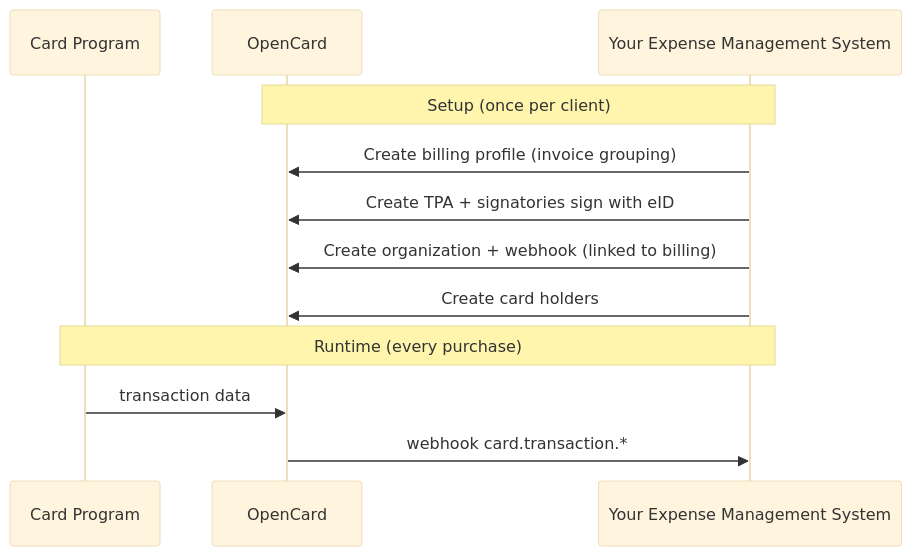
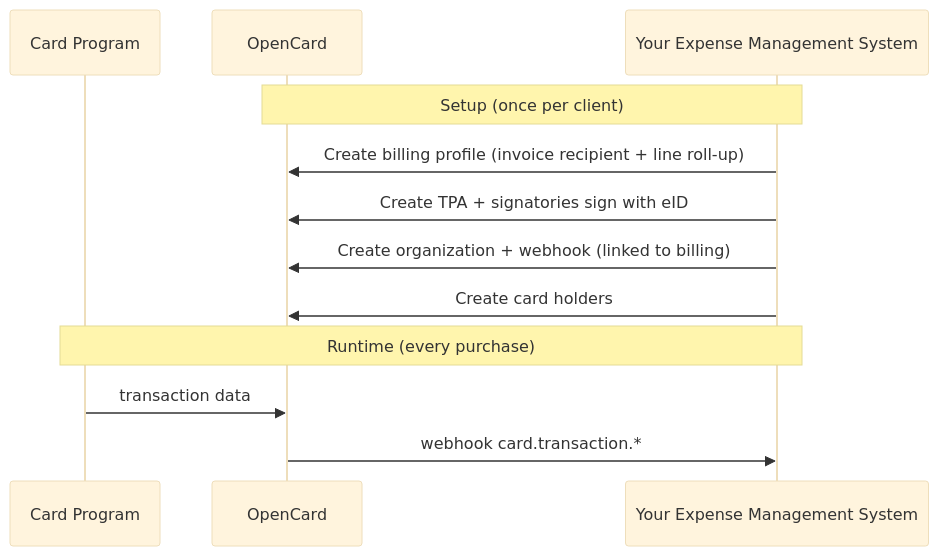
The diagram in introduction/welcome.mdx (marc-opencard/developers.opencard.io), drawn with Mermaid (base theme) before and after one commit. The commit also changed 5 other files, not shown here.

First line of the commit message:
Clarify billing roll-up as one invoice line, not a separate invoice.

````diff
--- a/introduction/welcome.mdx
+++ b/introduction/welcome.mdx
@@ -20,16 +20,16 @@
 ```mermaid
 sequenceDiagram
     participant Bank as Card Program
     participant OC as OpenCard
     participant You as Your Expense Management System
 
     Note over You,OC: Setup (once per client)
-    You->>OC: Create billing profile (invoice grouping)
+    You->>OC: Create billing profile (invoice recipient + line roll-up)
     You->>OC: Create TPA + signatories sign with eID
     You->>OC: Create organization + webhook (linked to billing)
     You->>OC: Create card holders
 
     Note over Bank,You: Runtime (every purchase)
     Bank->>OC: transaction data
     OC->>You: webhook card.transaction.*
 ```
````
